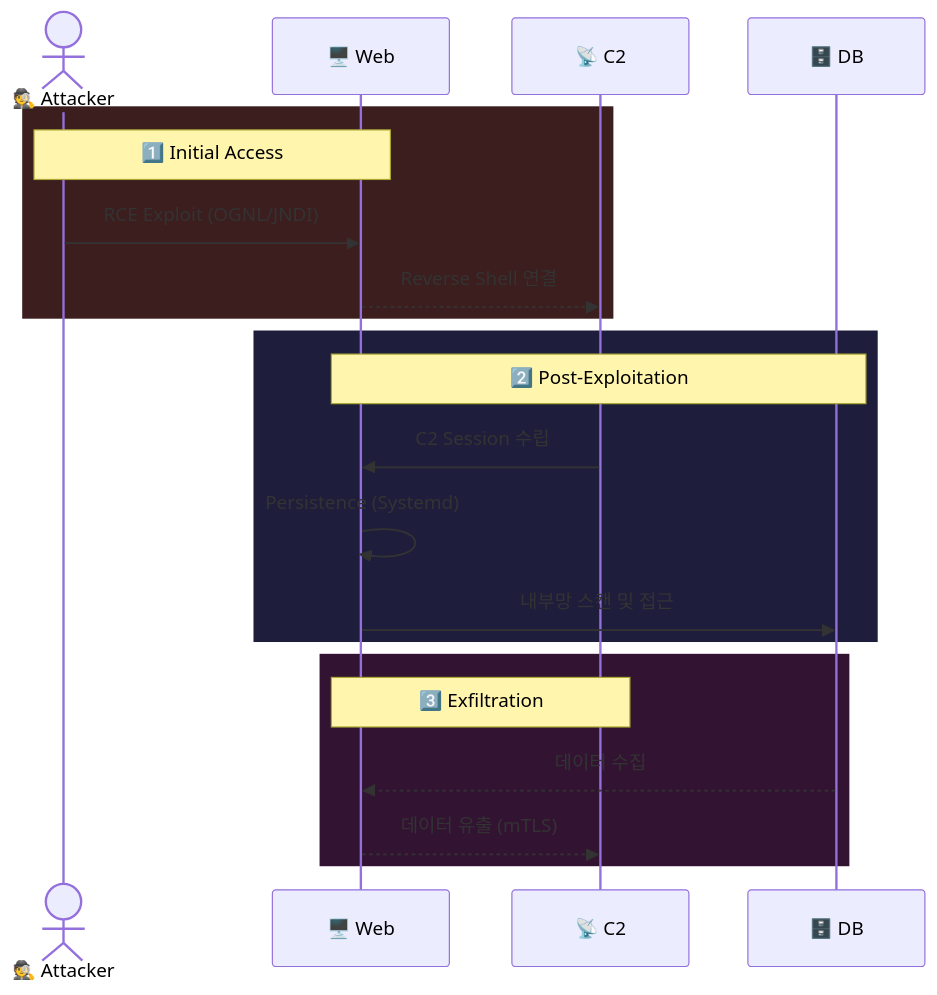
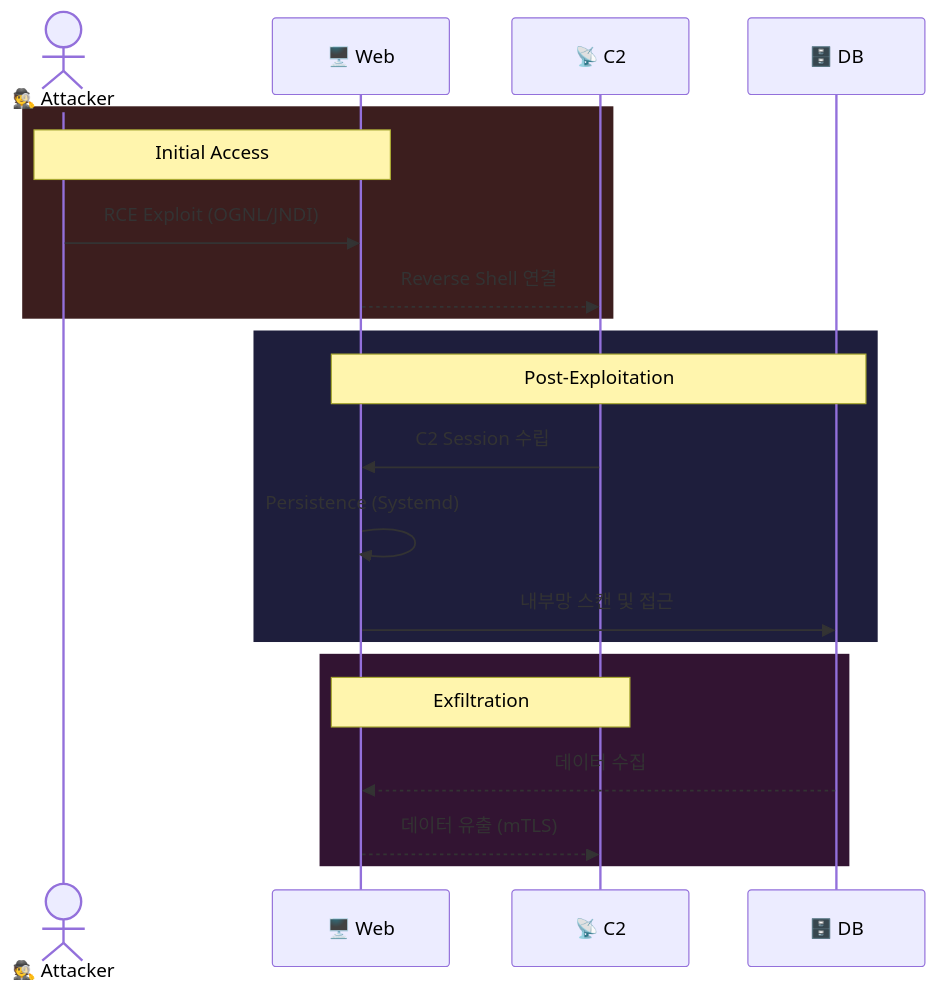
The second of 2 diagrams in _posts/cyberkillchain/2025-12-28-CKC-External-RCE-Chain.md (HamaPr/HamaPr.github.io), drawn with Mermaid before and after one commit. The commit also changed 2 other files, not shown here.

````diff
--- a/_posts/cyberkillchain/2025-12-28-CKC-External-RCE-Chain.md
+++ b/_posts/cyberkillchain/2025-12-28-CKC-External-RCE-Chain.md
@@ -94,26 +94,26 @@
 ```mermaid
 sequenceDiagram
     actor A as 🕵️ Attacker
     participant W as 🖥️ Web
     participant C as 📡 C2
     participant D as 🗄️ DB
 
     rect rgb(60, 30, 30)
-        Note over A,W: 1️⃣ Initial Access
+        Note over A,W: Initial Access
         A->>W: RCE Exploit (OGNL/JNDI)
         W-->>C: Reverse Shell 연결
     end
 
     rect rgb(30, 30, 60)
-        Note over W,D: 2️⃣ Post-Exploitation
+        Note over W,D: Post-Exploitation
         C->>W: C2 Session 수립
         W->>W: Persistence (Systemd)
         W->>D: 내부망 스캔 및 접근
     end
 
     rect rgb(50, 20, 50)
-        Note over W,C: 3️⃣ Exfiltration
+        Note over W,C: Exfiltration
         D-->>W: 데이터 수집
         W-->>C: 데이터 유출 (mTLS)
     end
 ```
````
